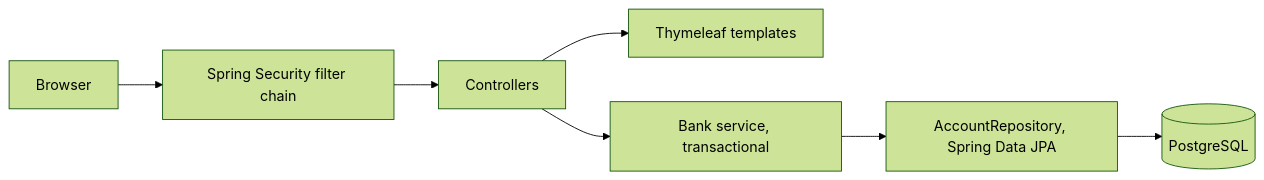
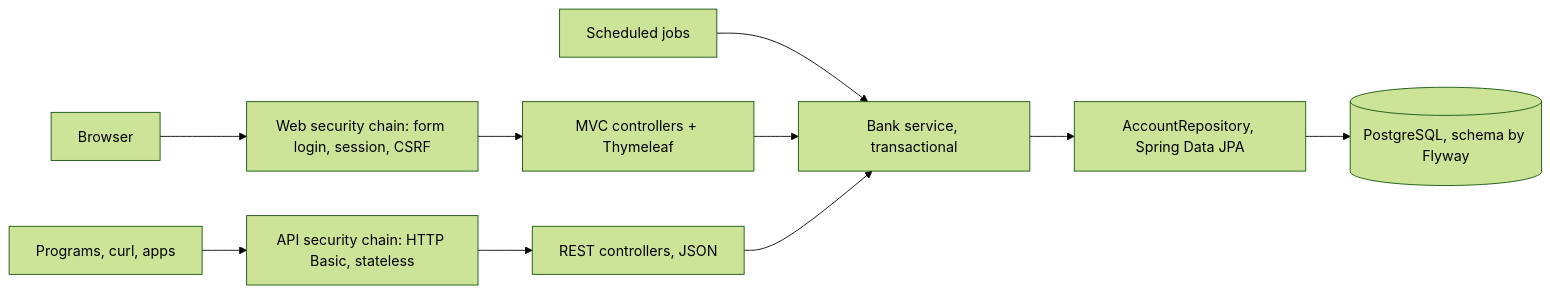
One commit to GiorgosFoteinopoulos/Mini-bank-project changed the first of 2 diagrams in README.md. Above: the diagram before and after it, drawn with Mermaid (forest theme). The commit also changed other lines of this file, not shown here.

Commit message:
Update README for v1.0: REST API, Flyway, scheduled jobs, tests

````diff
--- a/README.md
+++ b/README.md
@@ -107,9 +176,12 @@
 ```mermaid
 flowchart LR
-    B[Browser] --> SEC[Spring Security filter chain]
-    SEC --> C[Controllers]
-    C --> V[Thymeleaf templates]
+    B[Browser] --> WEB[Web security chain: form login, session, CSRF]
+    P[Programs, curl, apps] --> API[API security chain: HTTP Basic, stateless]
+    WEB --> C[MVC controllers + Thymeleaf]
+    API --> RC[REST controllers, JSON]
+    J[Scheduled jobs] --> S
     C --> S[Bank service, transactional]
+    RC --> S
     S --> R[AccountRepository, Spring Data JPA]
-    R --> DB[(PostgreSQL)]
+    R --> DB[(PostgreSQL, schema by Flyway)]
 ```
````
